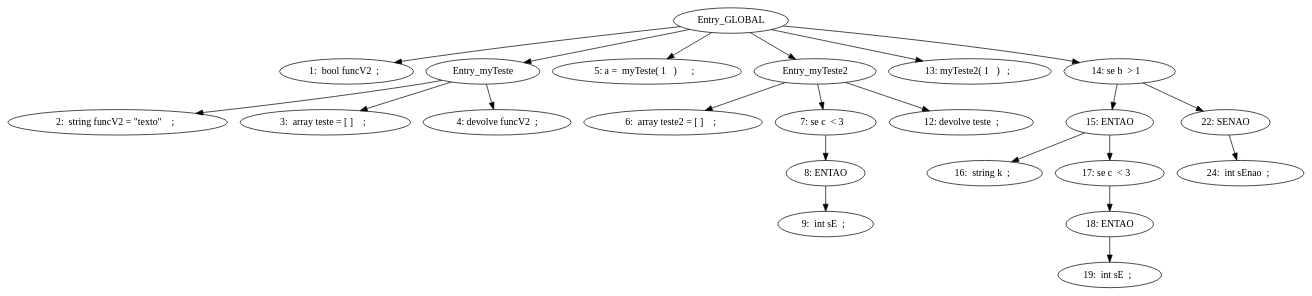
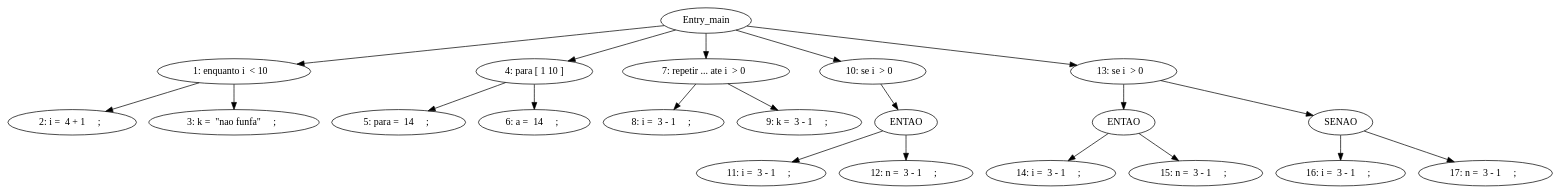
Before and after one commit to Yakari144/ImperativeLanguageAnalyser: the diagram in sdg.dot, drawn with Graphviz. The commit also changed 7 other files, not shown here.

```diff
--- a/sdg.dot
+++ b/sdg.dot
@@ -1,23 +1,26 @@
-digraph SDG{
-Entry_GLOBAL -> "1:  bool funcV2  ;  "
-"Entry_myTeste" -> "2:  string funcV2 = \"texto\"    ;  "
-"Entry_myTeste" -> "3:  array teste = [ ]    ;  "
-"Entry_myTeste" -> "4: devolve funcV2  ; "
-Entry_GLOBAL -> "Entry_myTeste"
-Entry_GLOBAL -> "5: a =  myTeste( 1   )      ;  "
-"Entry_myTeste2" -> "6:  array teste2 = [ ]    ;  "
-"Entry_myTeste2" -> "7: se c  < 3   "
-"7: se c  < 3   " -> "8: ENTAO"
-"8: ENTAO" -> "9:  int sE  ;  "
-"Entry_myTeste2" -> "12: devolve teste  ; "
-Entry_GLOBAL -> "Entry_myTeste2"
-Entry_GLOBAL -> "13: myTeste2( 1   )   ;  "
-Entry_GLOBAL -> "14: se b  > 1   "
-"14: se b  > 1   " -> "15: ENTAO"
-"15: ENTAO" -> "16:  string k  ;  "
-"15: ENTAO" -> "17: se c  < 3   "
-"17: se c  < 3   " -> "18: ENTAO"
-"18: ENTAO" -> "19:  int sE  ;  "
-"14: se b  > 1   " -> "22: SENAO"
-"22: SENAO" -> "24:  int sEnao  ;  "
+digraph G {
+"Entry_main" -> "1: enquanto i  < 10   "
+"1: enquanto i  < 10   " -> "2: i =  4 + 1     ;  "
+"1: enquanto i  < 10   " -> "3: k =  \"nao funfa\"     ;  "
+"Entry_main" -> "4: para [ 1 10 ] "
+"4: para [ 1 10 ] " -> "5: para =  14     ;  "
+"4: para [ 1 10 ] " -> "6: a =  14     ;  "
+"Entry_main" -> 7
+"7" -> "8: i =  3 - 1     ;  "
+"7" -> "9: k =  3 - 1     ;  "
+"7" [label="7: repetir ... ate i  > 0  "]
+"Entry_main" -> "10: se i  > 0   "
+"10: ENTAO" [label="ENTAO"]
+"10: se i  > 0   " -> "10: ENTAO"
+"10: ENTAO" -> "11: i =  3 - 1     ;  "
+"10: ENTAO" -> "12: n =  3 - 1     ;  "
+"Entry_main" -> "13: se i  > 0   "
+"13: ENTAO" [label="ENTAO"]
+"13: se i  > 0   " -> "13: ENTAO"
+"13: ENTAO" -> "14: i =  3 - 1     ;  "
+"13: ENTAO" -> "15: n =  3 - 1     ;  "
+"15: SENAO" [label="SENAO"]
+"13: se i  > 0   " -> "15: SENAO"
+"15: SENAO" -> "16: i =  3 - 1     ;  "
+"15: SENAO" -> "17: n =  3 - 1     ;  "
 }
```
